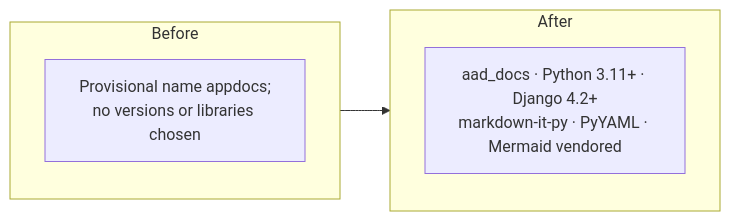
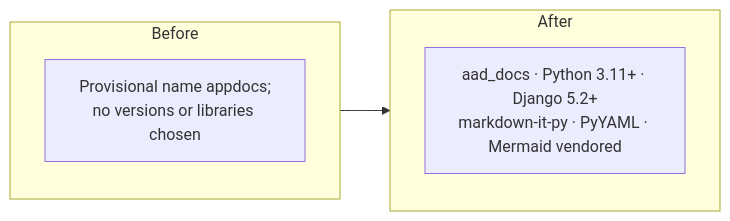
Before and after one commit to AADigitalBusiness/AAD-docs: the diagram in aad_docs/docs/07-decisions/0008-package-name-and-dependencies.md, drawn with Mermaid. The commit also changed other lines of this file and 6 other files, not shown here.

First line of the commit message:
docs: decision 0014 on reuse, roadmap, Django 5.2, 0013 confirmed points

````diff
--- a/aad_docs/docs/07-decisions/0008-package-name-and-dependencies.md
+++ b/aad_docs/docs/07-decisions/0008-package-name-and-dependencies.md
@@ -5,10 +5,10 @@
 ```mermaid
 flowchart LR
     subgraph before["Before"]
         b["Provisional name appdocs;<br/>no versions or libraries chosen"]
     end
     subgraph after["After"]
-        a["aad_docs · Python 3.11+ · Django 4.2+<br/>markdown-it-py · PyYAML · Mermaid vendored"]
+        a["aad_docs · Python 3.11+ · Django 5.2+<br/>markdown-it-py · PyYAML · Mermaid vendored"]
     end
     before --> after
 ```
````
